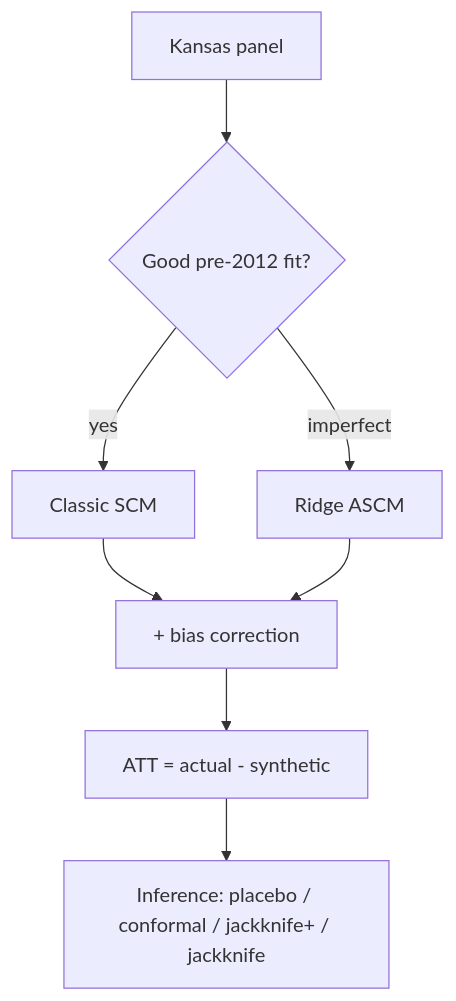
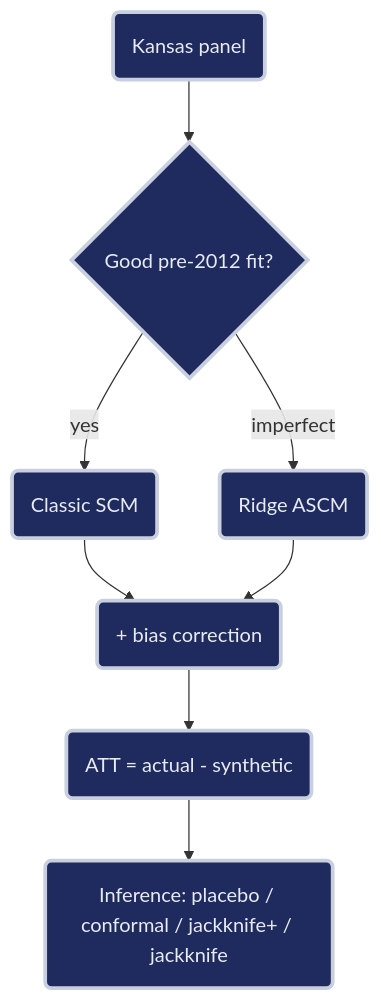
One commit to cmg777/starter-academic-v501 changed the diagram in content/post/r_augsynth/tutorial.qmd. Above: the diagram before and after it, drawn with Mermaid. The commit also changed other lines of this file and 42 other files, not shown here.

First line of the commit message:
content(mermaid): restyle Mermaid copies in tutorial sources and the LaLonde slide deck

````diff
--- a/content/post/r_augsynth/tutorial.qmd
+++ b/content/post/r_augsynth/tutorial.qmd
@@ -29,10 +29,12 @@
 ```{mermaid}
 flowchart TD
-    P["Kansas panel"] --> Q{"Good pre-2012 fit?"}
-    Q -->|yes| S["Classic SCM"]
-    Q -->|imperfect| R["Ridge ASCM"]
-    S --> B["+ bias correction"]
+    P("Kansas panel") --> Q{"Good pre-2012 fit?"}
+    Q -->|yes| S("Classic SCM")
+    Q -->|imperfect| R("Ridge ASCM")
+    S --> B("+ bias correction")
     R --> B
-    B --> A["ATT = actual - synthetic"]
-    A --> I["Inference: placebo / conformal / jackknife+ / jackknife"]
+    B --> A("ATT = actual - synthetic")
+    A --> I("Inference: placebo / conformal / jackknife+ / jackknife")
+    classDef gray fill:#1f2b5e,stroke:#c8d0e0,stroke-width:3px,color:#e8ecf2
+    class P,Q,S,R,B,A,I gray
 ```
````
